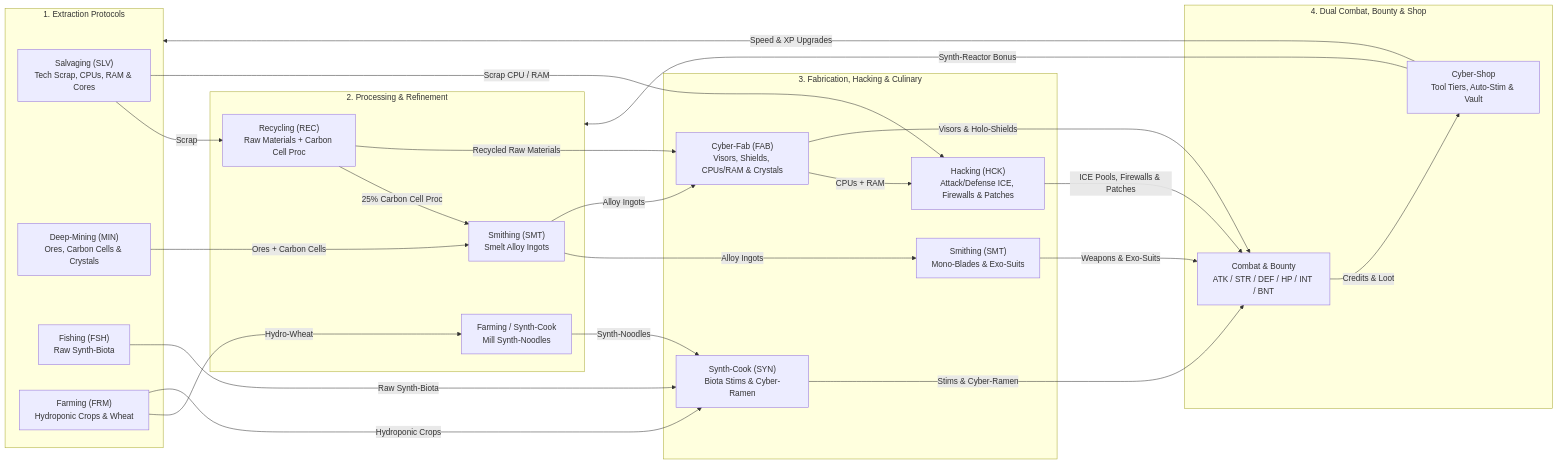
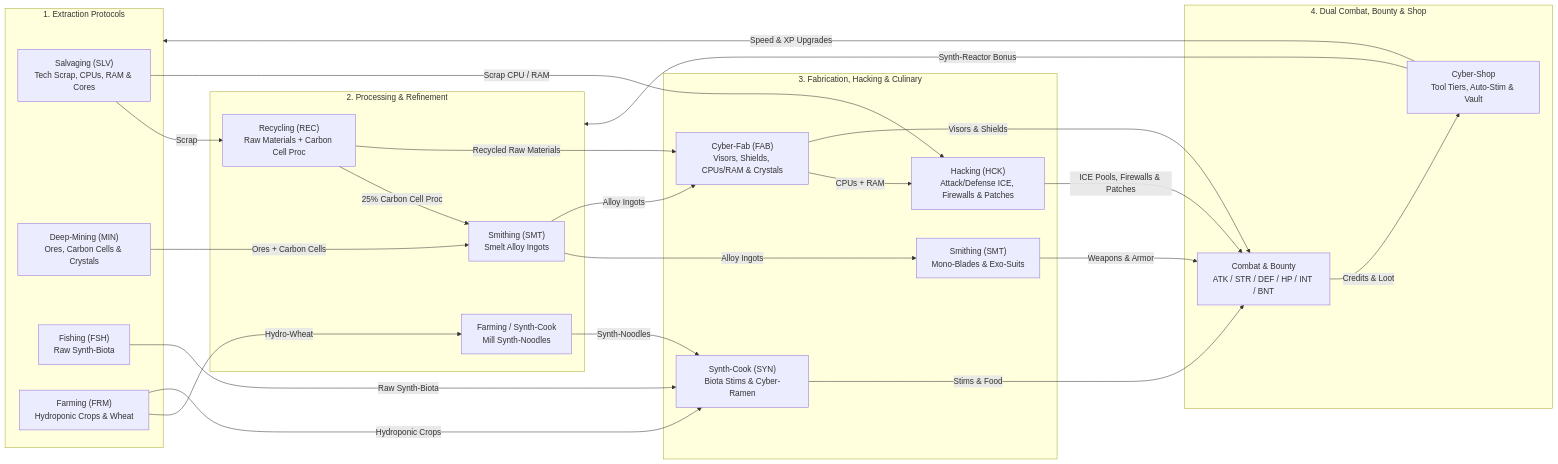
One commit to Mizux/routineverse changed the diagram in docs/README.md. Above: the diagram before and after it, drawn with Mermaid.

Commit message:
cleanup docs

````diff
--- a/docs/README.md
+++ b/docs/README.md
@@ -17,50 +17,50 @@
 ```mermaid
 flowchart LR
   subgraph Extraction["1. Extraction Protocols"]
     SLV["Salvaging (SLV)<br/>Tech Scrap, CPUs, RAM & Cores"]
     MIN["Deep-Mining (MIN)<br/>Ores, Carbon Cells & Crystals"]
     BIO["Fishing (FSH)<br/>Raw Synth-Biota"]
     FRM["Farming (FRM)<br/>Hydroponic Crops & Wheat"]
   end
 
   subgraph Processing["2. Processing & Refinement"]
     REC["Recycling (REC)<br/>Raw Materials + Carbon Cell Proc"]
     SMT_BAR["Smithing (SMT)<br/>Smelt Alloy Ingots"]
     NOODLE["Farming / Synth-Cook<br/>Mill Synth-Noodles"]
   end
 
   subgraph Fabrication["3. Fabrication, Hacking & Culinary"]
     SMT_GEAR["Smithing (SMT)<br/>Mono-Blades & Exo-Suits"]
     FAB["Cyber-Fab (FAB)<br/>Visors, Shields, CPUs/RAM & Crystals"]
     HCK["Hacking (HCK)<br/>Attack/Defense ICE, Firewalls & Patches"]
     COOK["Synth-Cook (SYN)<br/>Biota Stims & Cyber-Ramen"]
   end
 
   subgraph Arena["4. Dual Combat, Bounty & Shop"]
     CMB["Combat & Bounty<br/>ATK / STR / DEF / HP / INT / BNT"]
     SHOP["Cyber-Shop<br/>Tool Tiers, Auto-Stim & Vault"]
   end
 
   SLV -->|"Scrap"| REC
   SLV -->|"Scrap CPU / RAM"| HCK
   REC -->|"25% Carbon Cell Proc"| SMT_BAR
   MIN -->|"Ores + Carbon Cells"| SMT_BAR
   SMT_BAR -->|"Alloy Ingots"| SMT_GEAR
   SMT_BAR -->|"Alloy Ingots"| FAB
   REC -->|"Recycled Raw Materials"| FAB
   FAB -->|"CPUs + RAM"| HCK
 
   FRM -->|"Hydro-Wheat"| NOODLE
   NOODLE -->|"Synth-Noodles"| COOK
   FRM -->|"Hydroponic Crops"| COOK
   BIO -->|"Raw Synth-Biota"| COOK
 
-  SMT_GEAR -->|"Weapons & Exo-Suits"| CMB
-  FAB -->|"Visors & Holo-Shields"| CMB
+  SMT_GEAR -->|"Weapons & Armor"| CMB
+  FAB -->|"Visors & Shields"| CMB
   HCK -->|"ICE Pools, Firewalls & Patches"| CMB
-  COOK -->|"Stims & Cyber-Ramen"| CMB
+  COOK -->|"Stims & Food"| CMB
 
   CMB -->|"Credits & Loot"| SHOP
   SHOP -->|"Speed & XP Upgrades"| Extraction
   SHOP -->|"Synth-Reactor Bonus"| Processing
 ```
````
